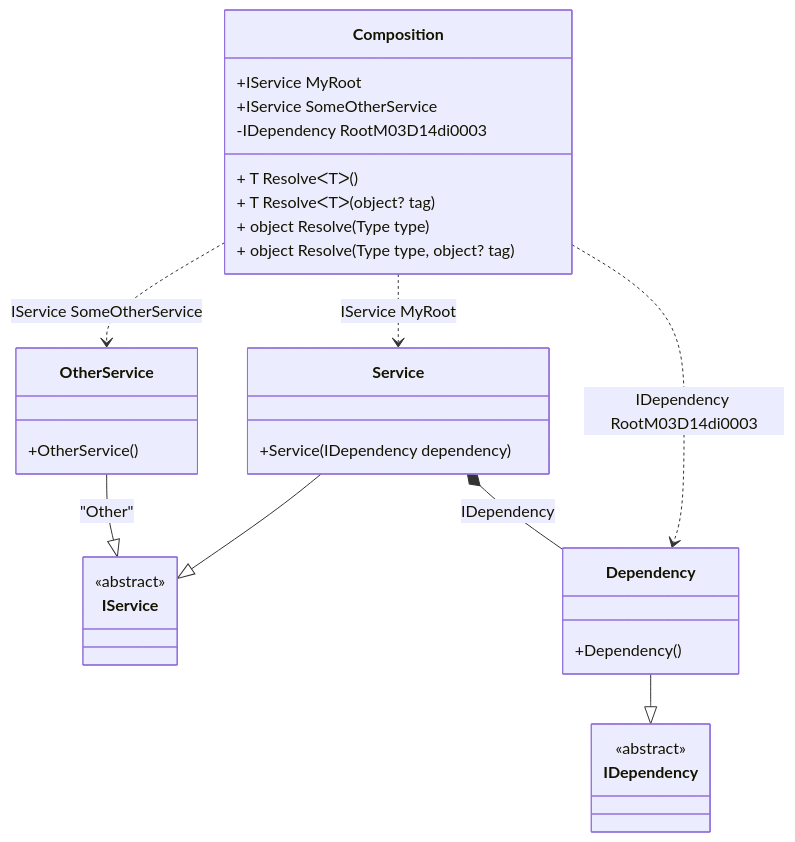
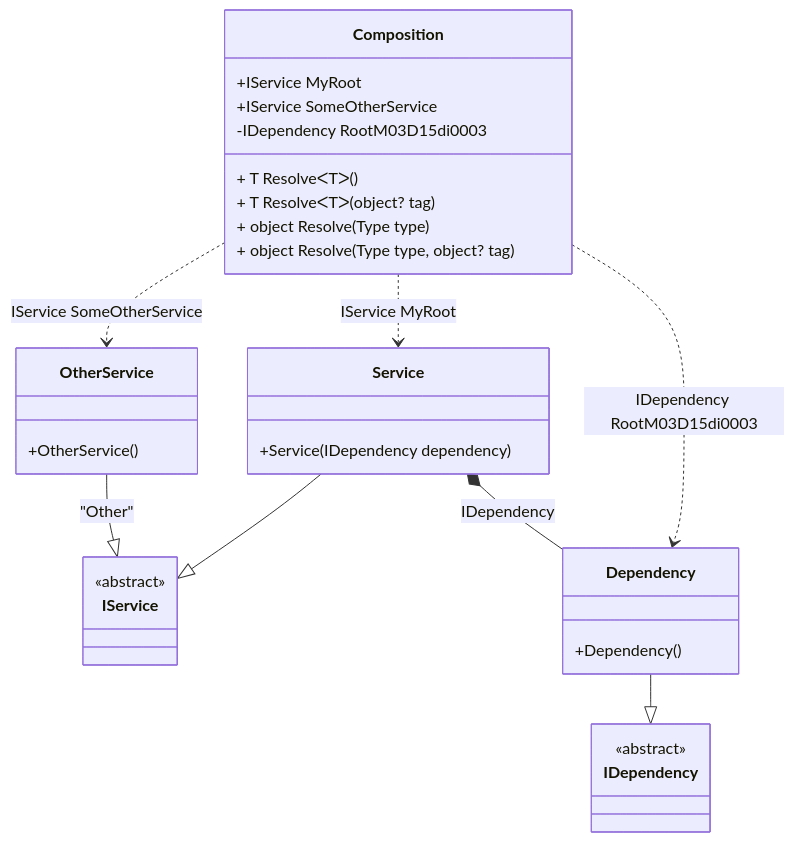
Before and after one commit to DevTeam/Pure.DI: the diagram in readme/composition-roots.md, drawn with Mermaid. The commit also changed other lines of this file and 90 other files, not shown here.

````diff
--- a/readme/composition-roots.md
+++ b/readme/composition-roots.md
@@ -69,34 +69,34 @@
 ```mermaid
 classDiagram
   class Composition {
     +IService MyRoot
     +IService SomeOtherService
-    -IDependency RootM03D14di0003
+    -IDependency RootM03D15di0003
     + T ResolveᐸTᐳ()
     + T ResolveᐸTᐳ(object? tag)
     + object Resolve(Type type)
     + object Resolve(Type type, object? tag)
   }
   Service --|> IService : 
   class Service {
     +Service(IDependency dependency)
   }
   OtherService --|> IService : "Other" 
   class OtherService {
     +OtherService()
   }
   Dependency --|> IDependency : 
   class Dependency {
     +Dependency()
   }
   class IService {
     <<abstract>>
   }
   class IDependency {
     <<abstract>>
   }
   Service *--  Dependency : IDependency
   Composition ..> OtherService : IService SomeOtherService
   Composition ..> Service : IService MyRoot
-  Composition ..> Dependency : IDependency RootM03D14di0003
+  Composition ..> Dependency : IDependency RootM03D15di0003
 ```
````
